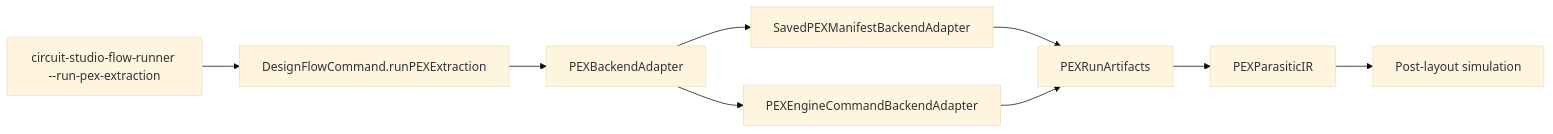
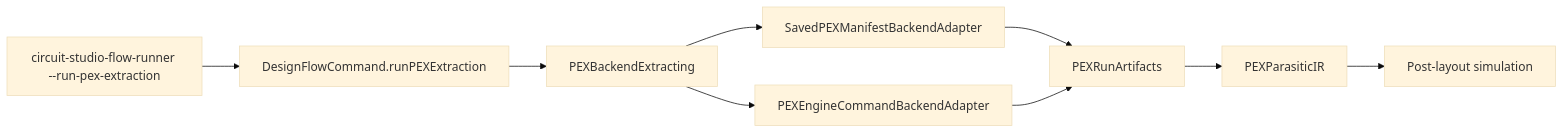
One commit to 1amageek/circuit-studio changed the diagram in docs/pex-backends.md. Above: the diagram before and after it, drawn with Mermaid (base theme). The commit also changed other lines of this file and 9 other files, not shown here.

````diff
--- a/docs/pex-backends.md
+++ b/docs/pex-backends.md
@@ -5,17 +5,17 @@
 ```mermaid
 flowchart LR
   Command["DesignFlowCommand.runPEXExtraction"]
   CLI["circuit-studio-flow-runner --run-pex-extraction"]
-  Adapter["PEXBackendAdapter"]
+  Adapter["PEXBackendExtracting"]
   Saved["SavedPEXManifestBackendAdapter"]
   Engine["PEXEngineCommandBackendAdapter"]
   Artifacts["PEXRunArtifacts"]
   IR["PEXParasiticIR"]
   Post["Post-layout simulation"]
 
   CLI --> Command
   Command --> Adapter
   Adapter --> Saved --> Artifacts
   Adapter --> Engine --> Artifacts
   Artifacts --> IR --> Post
 ```
````
